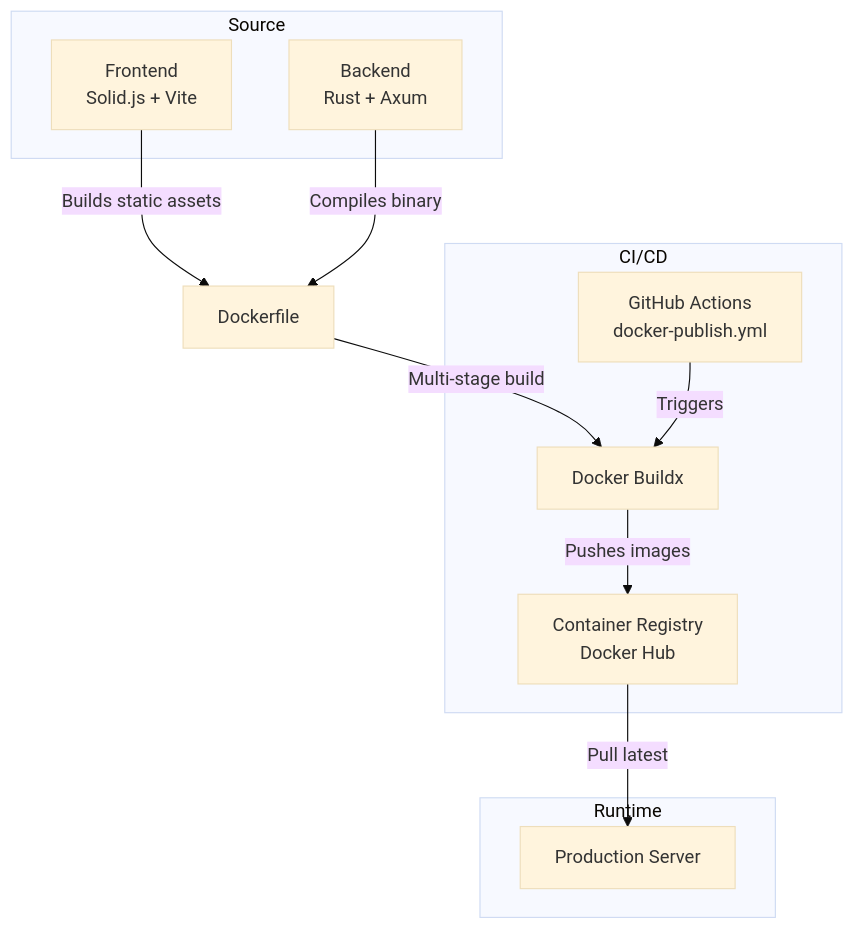
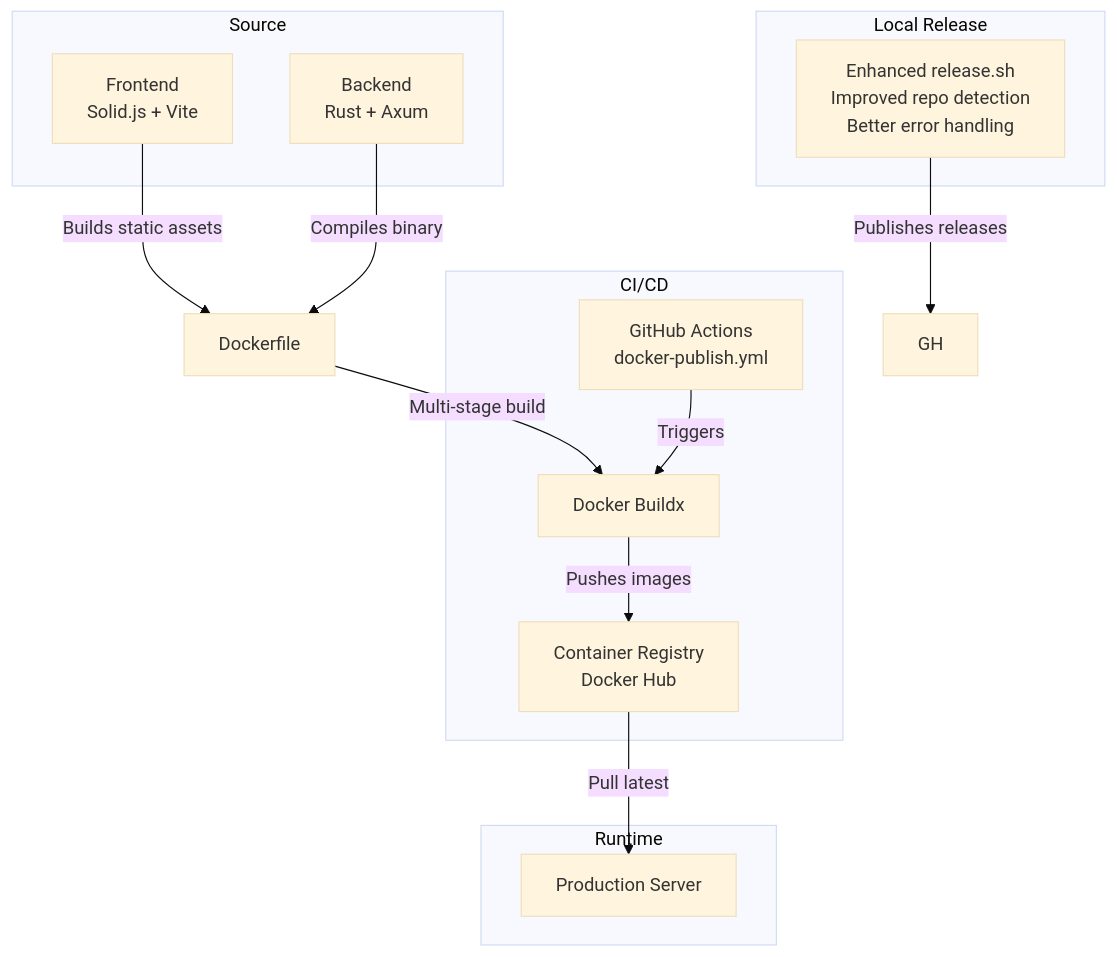
One commit to sutanto1010/crablite changed the first of 7 diagrams in .qoder/repowiki/en/content/Deployment & Operations/Release Process.md. Above: the diagram before and after it, drawn with Mermaid (base theme). The commit also changed other lines of this file and 7 other files, not shown here.

First line of the commit message:
docs(architecture): update detailed system architecture and documentation

````diff
--- a/.qoder/repowiki/en/content/Deployment & Operations/Release Process.md
+++ b/.qoder/repowiki/en/content/Deployment & Operations/Release Process.md
@@ -36,21 +43,25 @@
 ```mermaid
 graph TB
 subgraph "Source"
 FE["Frontend<br/>Solid.js + Vite"]
 BE["Backend<br/>Rust + Axum"]
 end
 subgraph "CI/CD"
 GHActions["GitHub Actions<br/>docker-publish.yml"]
 Buildx["Docker Buildx"]
 Registry["Container Registry<br/>Docker Hub"]
 end
+subgraph "Local Release"
+ReleaseScript["Enhanced release.sh<br/>Improved repo detection<br/>Better error handling"]
+end
 subgraph "Runtime"
 Server["Production Server"]
 end
 FE --> |Builds static assets| Dockerfile
 BE --> |Compiles binary| Dockerfile
 Dockerfile --> |Multi-stage build| Buildx
 Buildx --> |Pushes images| Registry
 GHActions --> |Triggers| Buildx
 Registry --> |Pull latest| Server
+ReleaseScript --> |Publishes releases| GH
 ```
````
